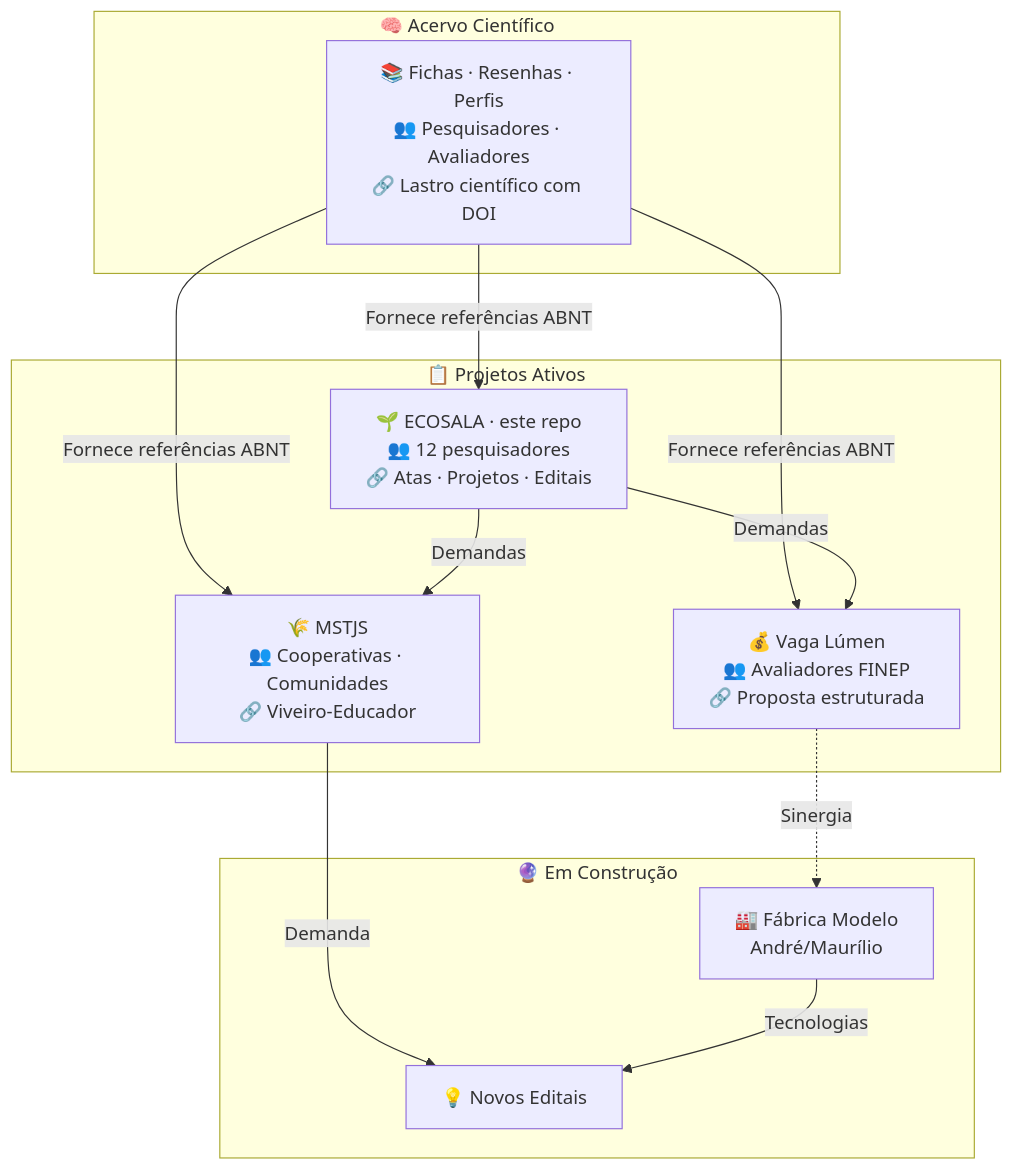
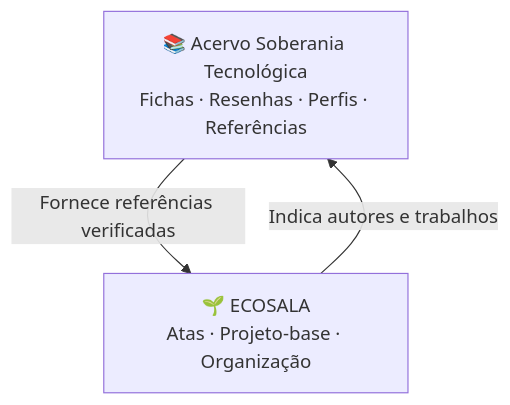
The diagram in README.md (takwaratec/ECOSALA), drawn with Mermaid before and after one commit. The commit also changed other lines of this file and 1 other file, not shown here.

Commit message:
docs: suspende integracoes externas sem alinhamento

````diff
--- a/README.md
+++ b/README.md
@@ -86,23 +84,7 @@
 ```mermaid
 flowchart TB
-    subgraph Central["🧠 Acervo Científico"]
-        AC["📚 Fichas · Resenhas · Perfis<br/>👥 Pesquisadores · Avaliadores<br/>🔗 Lastro científico com DOI"]
-    end
-    subgraph Projetos["📋 Projetos Ativos"]
-        EC["🌱 ECOSALA · este repo<br/>👥 12 pesquisadores<br/>🔗 Atas · Projetos · Editais"]
-        VL["💰 Vaga Lúmen<br/>👥 Avaliadores FINEP<br/>🔗 Proposta estruturada"]
-        MJ["🌾 MSTJS<br/>👥 Cooperativas · Comunidades<br/>🔗 Viveiro-Educador"]
-    end
-    subgraph Futuro["🔮 Em Construção"]
-        FM["🏭 Fábrica Modelo<br/>André/Maurílio"]
-        NB["💡 Novos Editais"]
-    end
-    AC -->|"Fornece referências ABNT"| EC
-    AC -->|"Fornece referências ABNT"| VL
-    AC -->|"Fornece referências ABNT"| MJ
-    EC -->|"Demandas"| VL
-    EC -->|"Demandas"| MJ
-    VL -.->|"Sinergia"| FM
-    MJ -->|"Demanda"| NB
-    FM -->|"Tecnologias"| NB
+    AC["📚 Acervo Soberania Tecnológica<br/>Fichas · Resenhas · Perfis · Referências"]
+    EC["🌱 ECOSALA<br/>Atas · Projeto-base · Organização"]
+    AC -->|"Fornece referências verificadas"| EC
+    EC -->|"Indica autores e trabalhos"| AC
 ```
````
